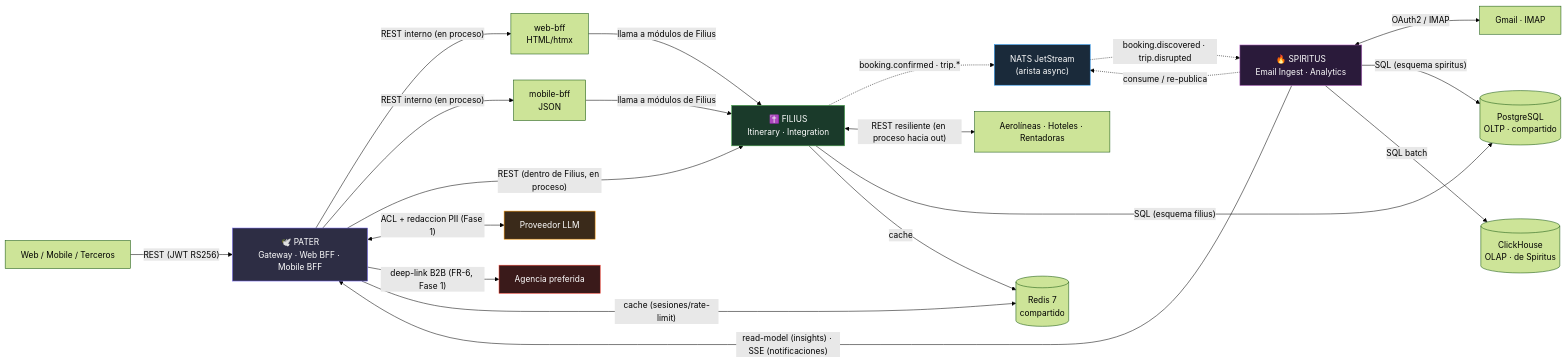
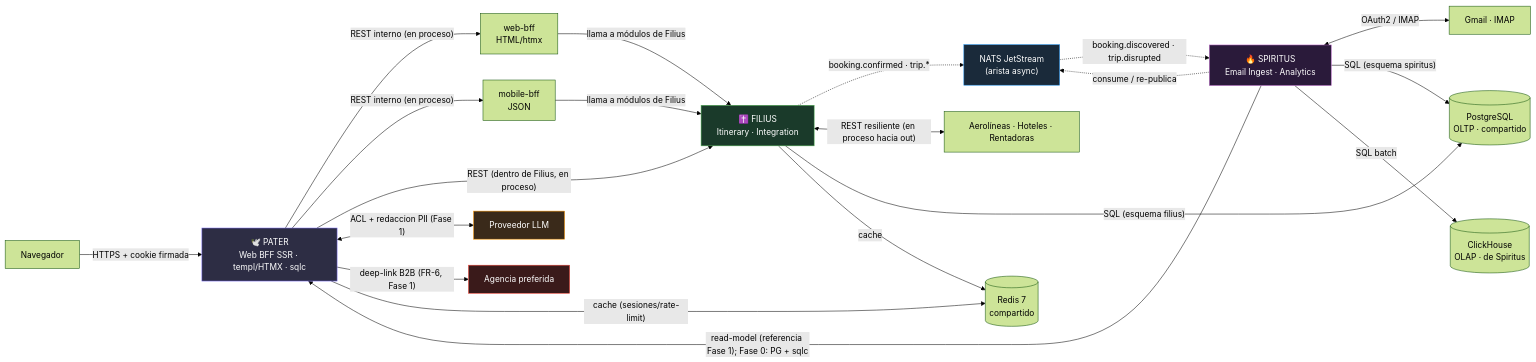
One commit to az-juan/trotamundos changed the first of 7 diagrams in trinity/architecture/vista_cyc.md. Above: the diagram before and after it, drawn with Mermaid (forest theme). The commit also changed other lines of this file and 98 other files, not shown here.

````diff
--- a/trinity/architecture/vista_cyc.md
+++ b/trinity/architecture/vista_cyc.md
@@ -1,39 +1,39 @@
 ```mermaid
 graph LR
-    CLIENT["Web / Mobile / Terceros"] -->|"REST (JWT RS256)"| PATER["🕊️ PATER<br/>Gateway · Web BFF · Mobile BFF"]
+    CLIENT["Navegador"] -->|"HTTPS + cookie firmada"| PATER["🕊️ PATER<br/>Web BFF SSR · templ/HTMX · sqlc"]
 
     PATER -->|"REST interno (en proceso)"| WEB["web-bff<br/>HTML/htmx"]
     PATER -->|"REST interno (en proceso)"| MOB["mobile-bff<br/>JSON"]
     PATER -->|"REST (dentro de Filius, en proceso)"| FILIUS["✝️ FILIUS<br/>Itinerary · Integration"]
 
     WEB -->|"llama a módulos de Filius"| FILIUS
     MOB -->|"llama a módulos de Filius"| FILIUS
 
     %% Triángulo: las tres aristas
     FILIUS -. "booking.confirmed · trip.*" .-> NATS["NATS JetStream<br/>(arista async)"]
     NATS -. "booking.discovered · trip.disrupted" .-> SPIRITUS["🔥 SPIRITUS<br/>Email Ingest · Analytics"]
     SPIRITUS -. "consume / re-publica" .-> NATS
 
     %% Arista Spiritus -> Pater (read-model / SSE)
-    SPIRITUS -->|"read-model (insights) · SSE (notificaciones)"| PATER
+    SPIRITUS -->|"read-model (referencia Fase 1); Fase 0: PG + sqlc"| PATER
 
     %% Externos
     FILIUS <-->|"REST resiliente (en proceso hacia out)"| EXT["Aerolíneas · Hoteles · Rentadoras"]
     SPIRITUS <-->|"OAuth2 / IMAP"| MAIL["Gmail · IMAP"]
     PATER <-->|"ACL + redaccion PII (Fase 1)"| LLM["Proveedor LLM"]
     PATER -->|"deep-link B2B (FR-6, Fase 1)"| AG["Agencia preferida"]
 
     %% Datos
     FILIUS -->|"SQL (esquema filius)"| PG[(PostgreSQL<br/>OLTP · compartido)]
     SPIRITUS -->|"SQL (esquema spiritus)"| PG
     PATER -->|"cache (sesiones/rate-limit)"| REDIS[(Redis 7<br/>compartido)]
     FILIUS -->|"cache"| REDIS
     SPIRITUS -->|"SQL batch"| CH[(ClickHouse<br/>OLAP · de Spiritus)]
 
     style PATER fill:#2d2d44,stroke:#7c6ff7,color:#fff
     style FILIUS fill:#1a3a2a,stroke:#4caf50,color:#fff
     style SPIRITUS fill:#2a1a3a,stroke:#ba68c8,color:#fff
     style NATS fill:#1a2a3a,stroke:#2196f3,color:#fff
     style LLM fill:#3a2a1a,stroke:#ff9800,color:#fff
     style AG fill:#3a1a1a,stroke:#f44336,color:#fff
 ```
````
